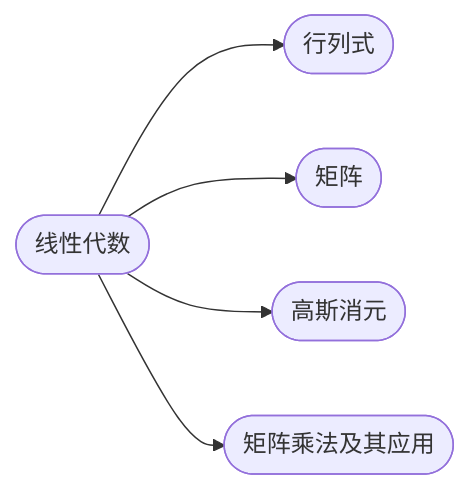
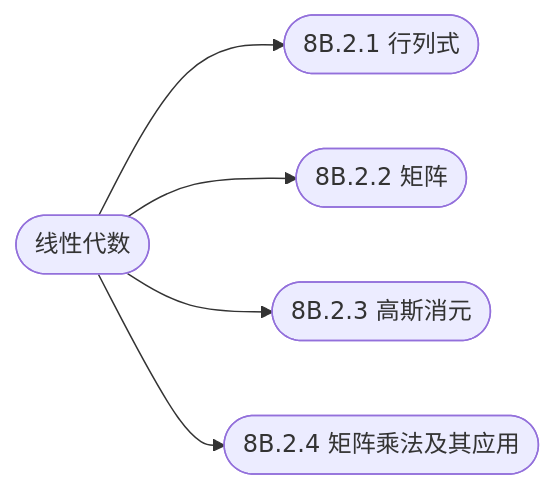
One commit to cuberxl/Coders-Note changed the diagram in 8B-数学/8B.2-线性代数/index.md. Above: the diagram before and after it, drawn with Mermaid. The commit also changed 47 other files, not shown here.

````diff
--- a/8B-数学/8B.2-线性代数/index.md
+++ b/8B-数学/8B.2-线性代数/index.md
@@ -24,8 +24,8 @@
 ```mermaid
 flowchart LR
     R(["线性代数"])
-    R --> N1(["行列式"])
-    R --> N2(["矩阵"])
-    R --> N3(["高斯消元"])
-    R --> N4(["矩阵乘法及其应用"])
+    R --> N1(["8B.2.1 行列式"])
+    R --> N2(["8B.2.2 矩阵"])
+    R --> N3(["8B.2.3 高斯消元"])
+    R --> N4(["8B.2.4 矩阵乘法及其应用"])
 ```
````
